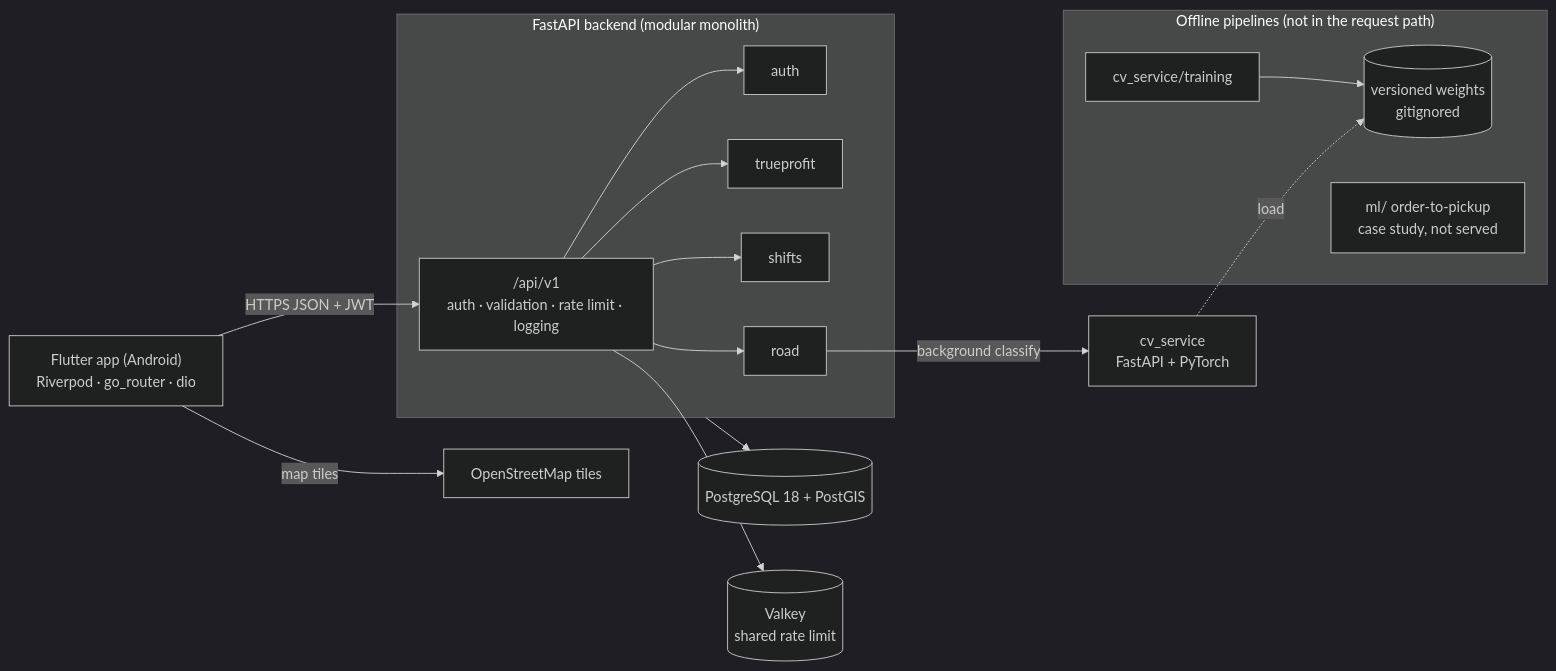
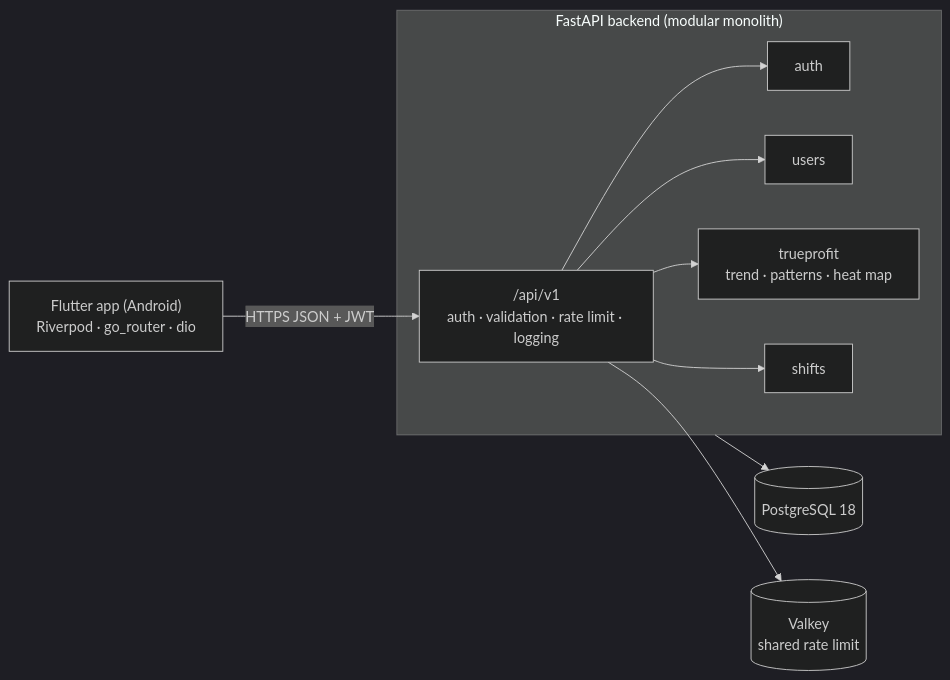
One commit to Qcutedev/rideros-ai changed the diagram in README.md. Above: the diagram before and after it, drawn with Mermaid (dark theme). The commit also changed other lines of this file and 190 other files, not shown here.

````diff
--- a/README.md
+++ b/README.md
@@ -76,20 +80,12 @@
 ```mermaid
 flowchart LR
     APP["Flutter app (Android)<br/>Riverpod · go_router · dio"] -->|HTTPS JSON + JWT| API
-    APP -->|map tiles| OSM["OpenStreetMap tiles"]
 
     subgraph Backend["FastAPI backend (modular monolith)"]
         API["/api/v1<br/>auth · validation · rate limit · logging"]
-        API --> AUTH[auth] & PROFIT[trueprofit] & SHIFT[shifts] & ROAD[road]
+        API --> AUTH[auth] & USERS[users] & PROFIT["trueprofit<br/>trend · patterns · heat map"] & SHIFT[shifts]
     end
 
-    Backend --> DB[("PostgreSQL 18 + PostGIS")]
+    Backend --> DB[("PostgreSQL 18")]
     API --> RL[("Valkey<br/>shared rate limit")]
-    ROAD -->|background classify| CV["cv_service<br/>FastAPI + PyTorch"]
-
-    subgraph Offline["Offline pipelines (not in the request path)"]
-        CVT["cv_service/training"] --> ART[("versioned weights<br/>gitignored")]
-        ML["ml/ order-to-pickup<br/>case study, not served"]
-    end
-    CV -.->|load| ART
 ```
````
